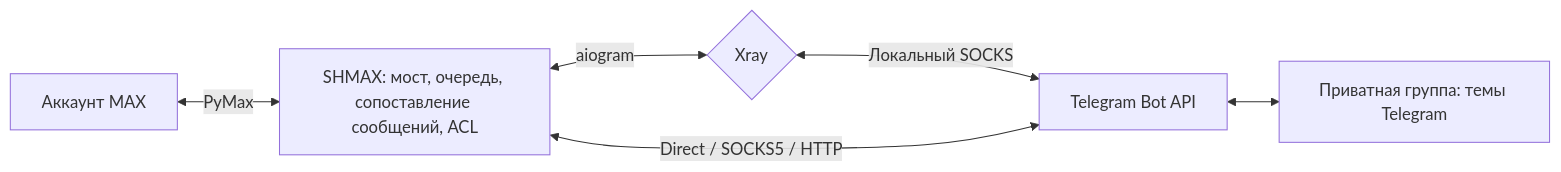
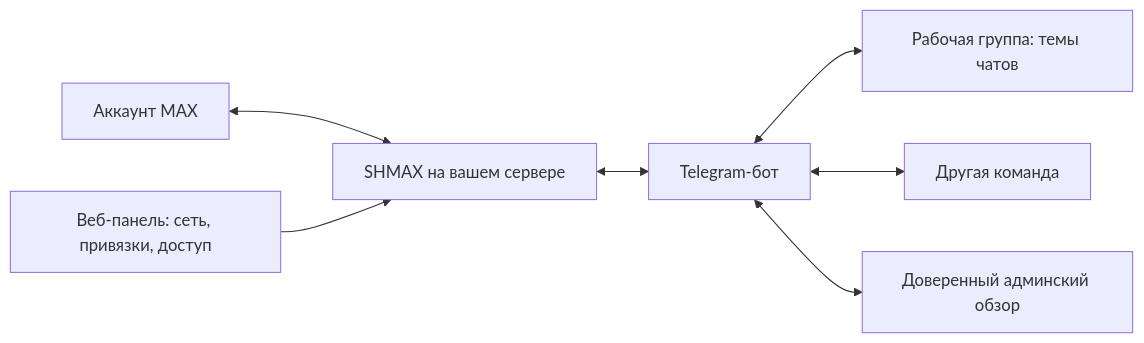
Before and after one commit to SHMAX-Project/SHMAX: the diagram in README.md, drawn with Mermaid. The commit also changed other lines of this file and 5 other files, not shown here.

````diff
--- a/README.md
+++ b/README.md
@@ -158,8 +111,9 @@
 ```mermaid
 flowchart LR
-    MAX["Аккаунт MAX"] <-->|PyMax| CORE["SHMAX: мост, очередь, сопоставление сообщений, ACL"]
-    CORE <-->|aiogram| XRAY{"Xray"}
-    XRAY <-->|"Локальный SOCKS"| TG["Telegram Bot API"]
-    CORE <-->|"Direct / SOCKS5 / HTTP"| TG
-    TG <--> FORUM["Приватная группа: темы Telegram"]
+    MAX["Аккаунт MAX"] <--> CORE["SHMAX на вашем сервере"]
+    CORE <--> TG["Telegram-бот"]
+    TG <--> A["Рабочая группа: темы чатов"]
+    TG <--> B["Другая команда"]
+    TG <--> ADMIN["Доверенный админский обзор"]
+    WEB["Веб-панель: сеть, привязки, доступ"] --> CORE
 ```
````
